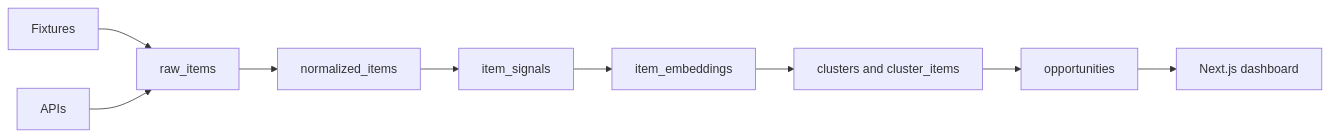
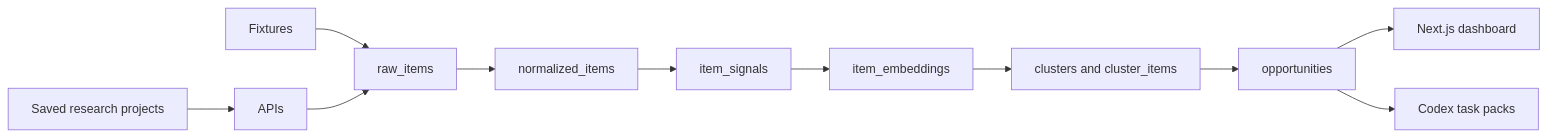
The first of 2 diagrams in docs/architecture.md (Yurii201811/tasksignal), drawn with Mermaid before and after one commit. The commit also changed other lines of this file and 24 other files, not shown here.

Commit message:
Make TaskSignal a research-to-build workspace

````diff
--- a/docs/architecture.md
+++ b/docs/architecture.md
@@ -21,11 +24,13 @@
 ```mermaid
 flowchart LR
   Fixtures --> Raw[raw_items]
   APIs --> Raw
   Raw --> Normalized[normalized_items]
   Normalized --> Signals[item_signals]
   Signals --> Embeddings[item_embeddings]
   Embeddings --> Clusters[clusters and cluster_items]
   Clusters --> Opportunities[opportunities]
   Opportunities --> Dashboard[Next.js dashboard]
+  Opportunities --> TaskPacks[Codex task packs]
+  Projects[Saved research projects] --> APIs
 ```
````
